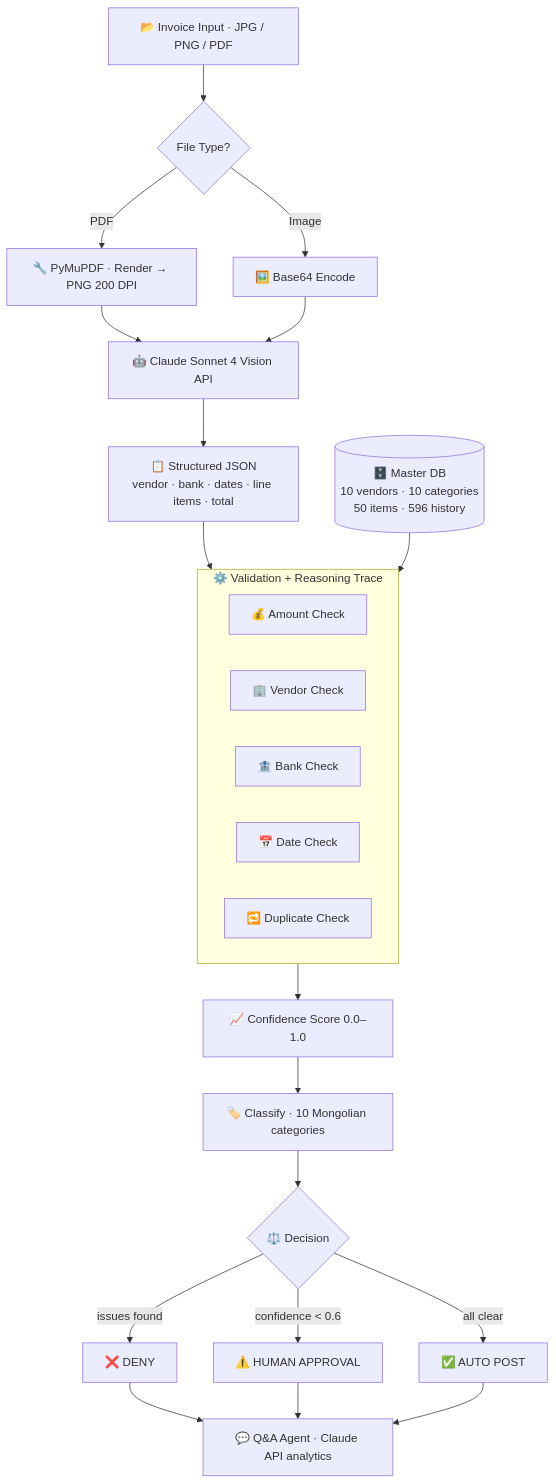
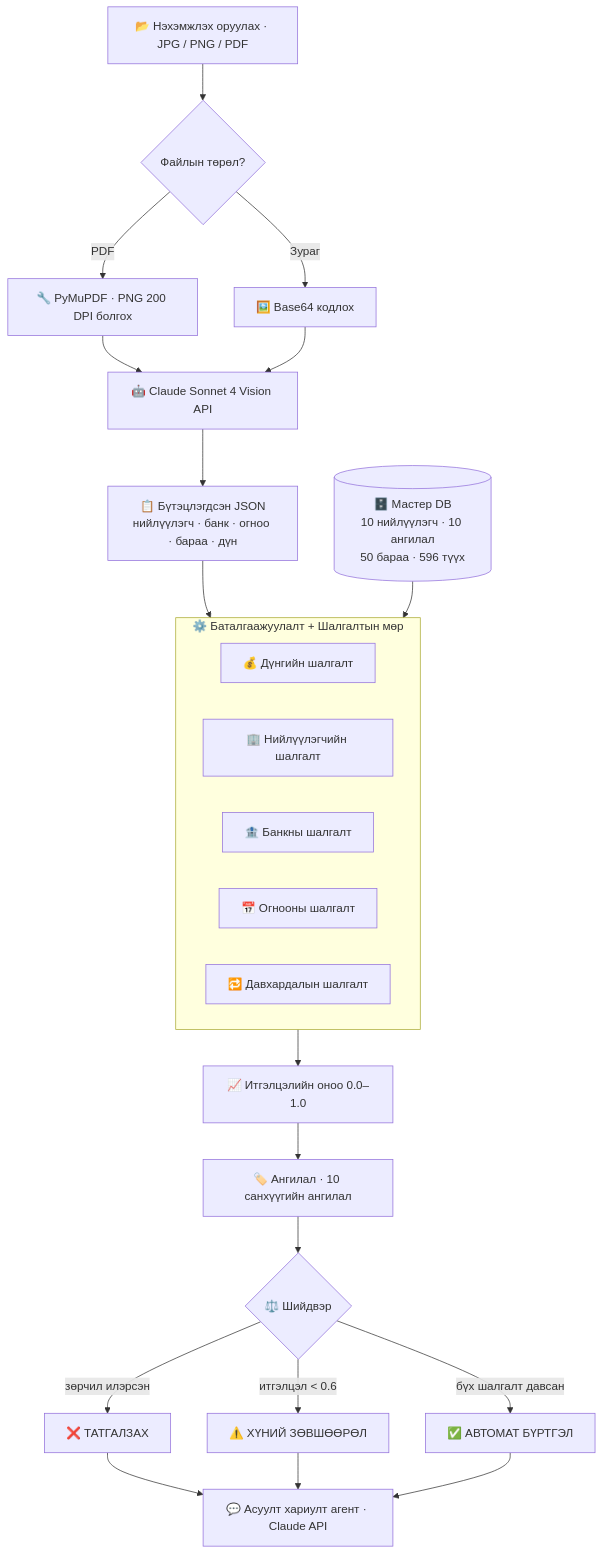
The diagram in README.md (MUST-b241960028/invoice-ai-agent), drawn with Mermaid before and after one commit. The commit also changed other lines of this file, not shown here.

Commit message:
Translate README fully to Mongolian

````diff
--- a/README.md
+++ b/README.md
@@ -7,22 +7,22 @@
 ```mermaid
 flowchart TD
-    INPUT["📂 Invoice Input · JPG / PNG / PDF"]
-    INPUT --> SPLIT{File Type?}
-    SPLIT -->|PDF| PDF["🔧 PyMuPDF · Render → PNG 200 DPI"]
-    SPLIT -->|Image| IMG["🖼️ Base64 Encode"]
+    INPUT["📂 Нэхэмжлэх оруулах · JPG / PNG / PDF"]
+    INPUT --> SPLIT{Файлын төрөл?}
+    SPLIT -->|PDF| PDF["🔧 PyMuPDF · PNG 200 DPI болгох"]
+    SPLIT -->|Зураг| IMG["🖼️ Base64 кодлох"]
     PDF --> VISION["🤖 Claude Sonnet 4 Vision API"]
     IMG --> VISION
-    VISION --> JSON["📋 Structured JSON\nvendor · bank · dates · line items · total"]
+    VISION --> JSON["📋 Бүтэцлэгдсэн JSON\nнийлүүлэгч · банк · огноо · бараа · дүн"]
     JSON --> VAL
-    DB[("🗄️ Master DB\n10 vendors · 10 categories\n50 items · 596 history")] --> VAL
-    subgraph VAL["⚙️ Validation + Reasoning Trace"]
-        V1["💰 Amount Check"] & V2["🏢 Vendor Check"] & V3["🏦 Bank Check"] & V4["📅 Date Check"] & V5["🔁 Duplicate Check"]
+    DB[("🗄️ Мастер DB\n10 нийлүүлэгч · 10 ангилал\n50 бараа · 596 түүх")] --> VAL
+    subgraph VAL["⚙️ Баталгаажуулалт + Шалгалтын мөр"]
+        V1["💰 Дүнгийн шалгалт"] & V2["🏢 Нийлүүлэгчийн шалгалт"] & V3["🏦 Банкны шалгалт"] & V4["📅 Огнооны шалгалт"] & V5["🔁 Давхардалын шалгалт"]
     end
-    VAL --> CONF["📈 Confidence Score 0.0–1.0"]
-    CONF --> CLASS["🏷️ Classify · 10 Mongolian categories"]
-    CLASS --> DEC{⚖️ Decision}
-    DEC -->|issues found| DENY["❌ DENY"]
-    DEC -->|confidence < 0.6| HUMAN["⚠️ HUMAN APPROVAL"]
-    DEC -->|all clear| AUTO["✅ AUTO POST"]
-    DENY & HUMAN & AUTO --> QA["💬 Q&A Agent · Claude API analytics"]
+    VAL --> CONF["📈 Итгэлцэлийн оноо 0.0–1.0"]
+    CONF --> CLASS["🏷️ Ангилал · 10 санхүүгийн ангилал"]
+    CLASS --> DEC{⚖️ Шийдвэр}
+    DEC -->|зөрчил илэрсэн| DENY["❌ ТАТГАЛЗАХ"]
+    DEC -->|итгэлцэл < 0.6| HUMAN["⚠️ ХҮНИЙ ЗӨВШӨӨРӨЛ"]
+    DEC -->|бүх шалгалт давсан| AUTO["✅ АВТОМАТ БҮРТГЭЛ"]
+    DENY & HUMAN & AUTO --> QA["💬 Асуулт хариулт агент · Claude API"]
 ```
````
